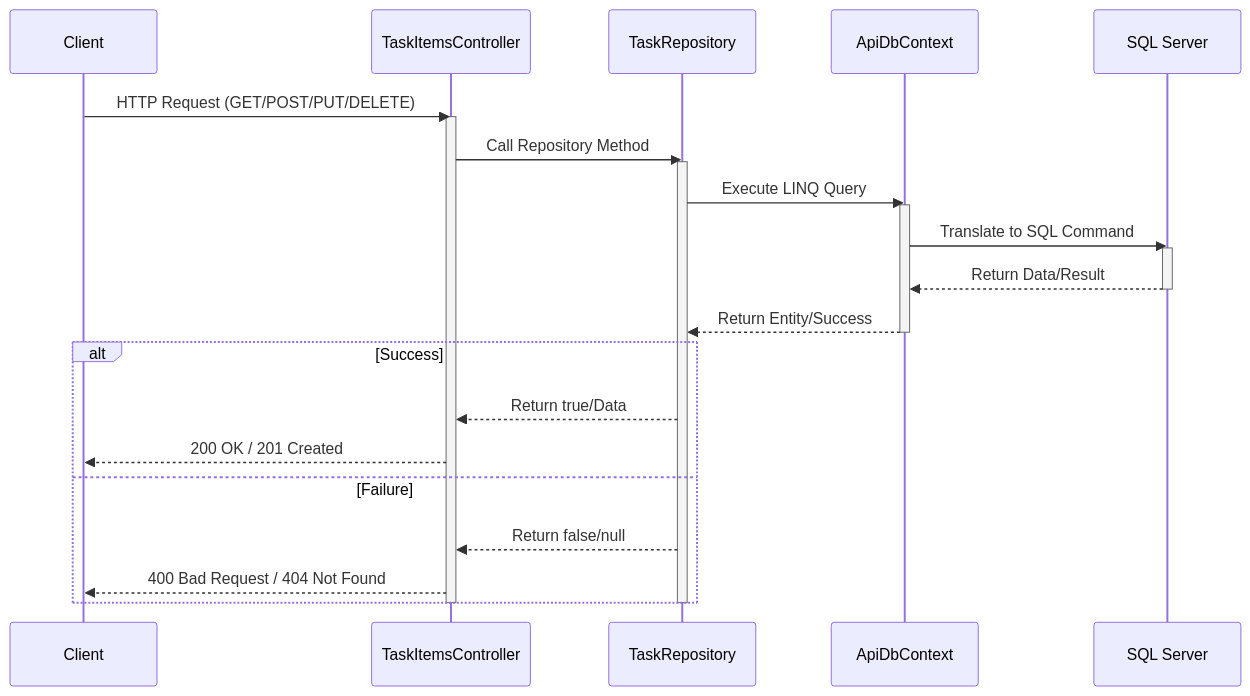
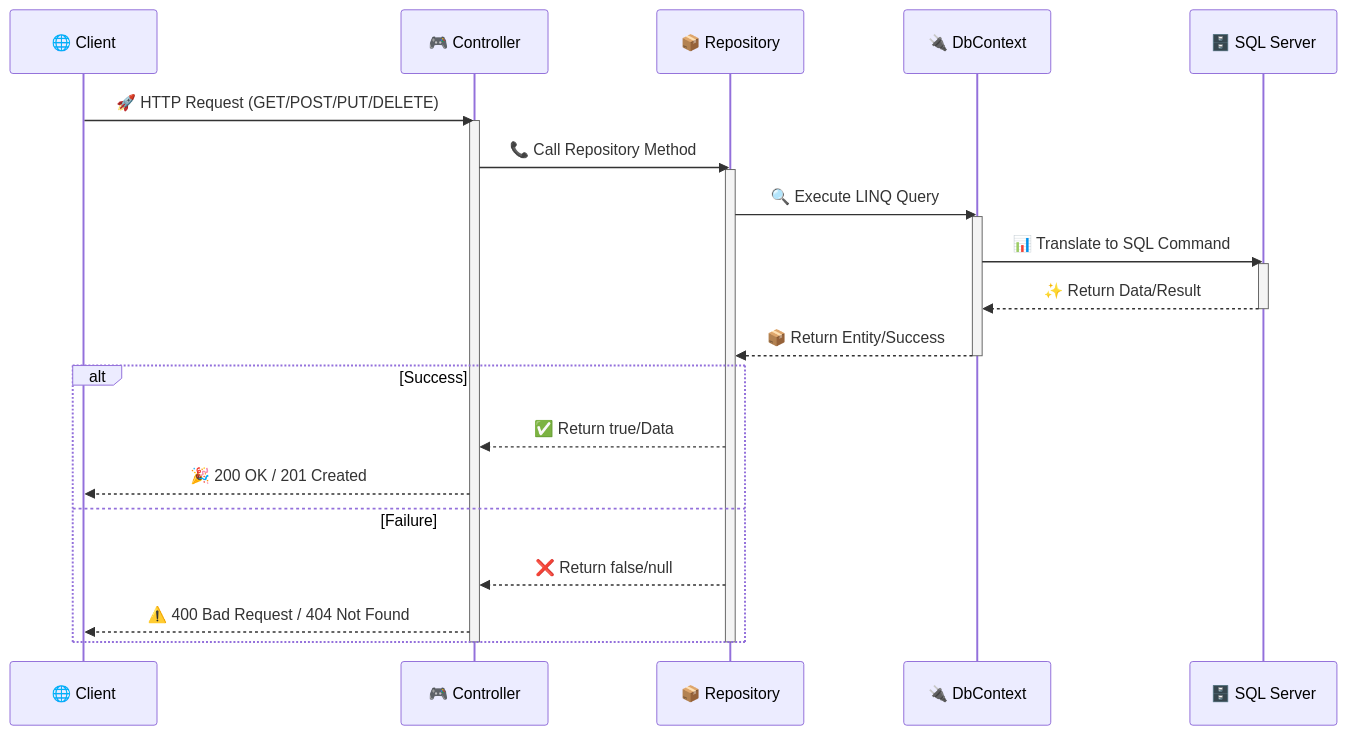
Before and after one commit to David-Echevarria24/Udemy-Course-RestfulApis: the second of 2 diagrams in README.md, drawn with Mermaid. The commit also changed other lines of this file, not shown here.

First line of the commit message:
docs: Enhance diagrams with vibrant colors and emojis

````diff
--- a/README.md
+++ b/README.md
@@ -48,31 +53,31 @@
 ```mermaid
 sequenceDiagram
-    participant C as Client
-    participant TC as TaskItemsController
-    participant TR as TaskRepository
-    participant DB as ApiDbContext
-    participant SQL as SQL Server
+    participant C as 🌐 Client
+    participant TC as 🎮 Controller
+    participant TR as 📦 Repository
+    participant DB as 🔌 DbContext
+    participant SQL as 🗄️ SQL Server
     
-    C->>TC: HTTP Request (GET/POST/PUT/DELETE)
+    C->>TC: 🚀 HTTP Request (GET/POST/PUT/DELETE)
     activate TC
-    TC->>TR: Call Repository Method
+    TC->>TR: 📞 Call Repository Method
     activate TR
-    TR->>DB: Execute LINQ Query
+    TR->>DB: 🔍 Execute LINQ Query
     activate DB
-    DB->>SQL: Translate to SQL Command
+    DB->>SQL: 📊 Translate to SQL Command
     activate SQL
-    SQL-->>DB: Return Data/Result
+    SQL-->>DB: ✨ Return Data/Result
     deactivate SQL
-    DB-->>TR: Return Entity/Success
+    DB-->>TR: 📦 Return Entity/Success
     deactivate DB
     
     alt Success
-        TR-->>TC: Return true/Data
-        TC-->>C: 200 OK / 201 Created
+        TR-->>TC: ✅ Return true/Data
+        TC-->>C: 🎉 200 OK / 201 Created
     else Failure
-        TR-->>TC: Return false/null
-        TC-->>C: 400 Bad Request / 404 Not Found
+        TR-->>TC: ❌ Return false/null
+        TC-->>C: ⚠️ 400 Bad Request / 404 Not Found
     end
     deactivate TR
     deactivate TC
 ```
````
